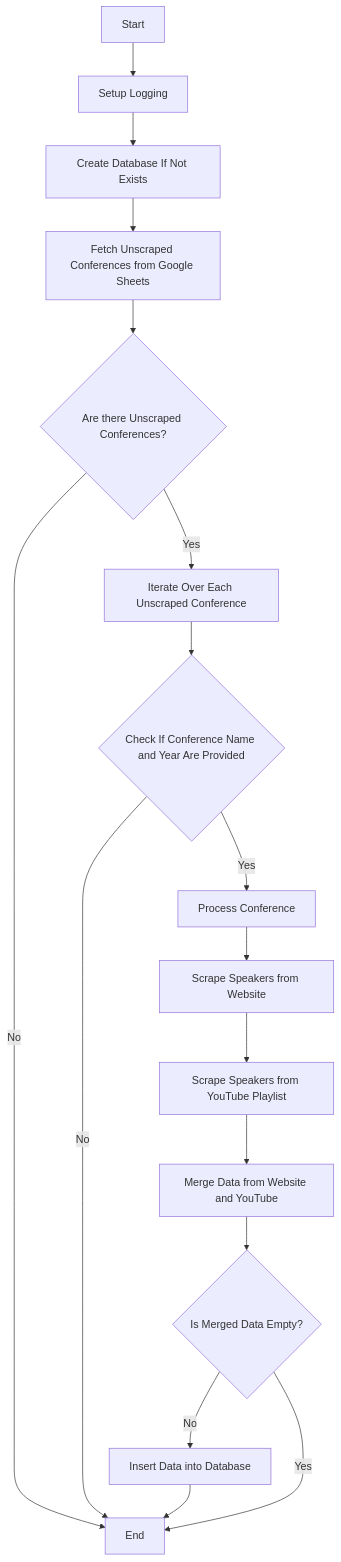
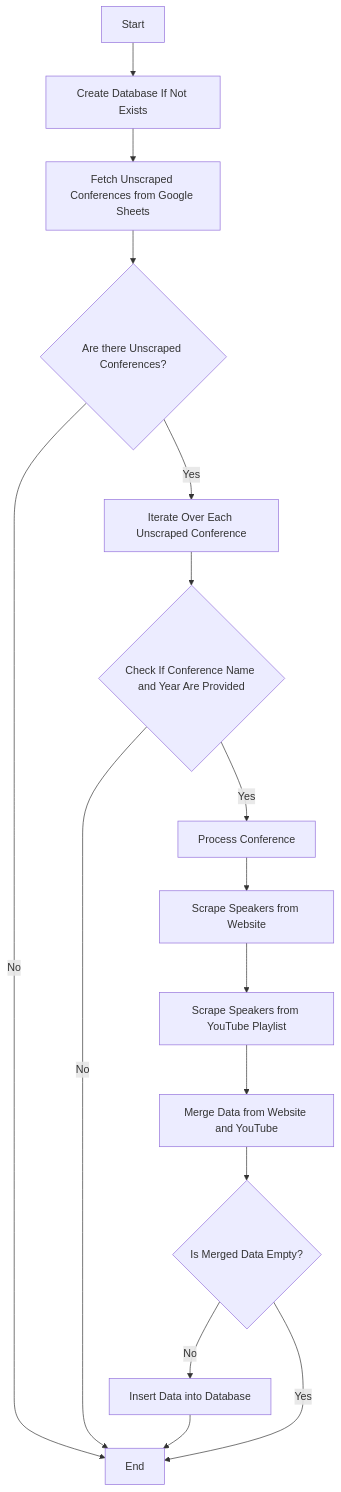
Before and after one commit to SlavkoMuzdeka/Intelligence-Machine: the first of 5 diagrams in README.md, drawn with Mermaid. The commit also changed other lines of this file, not shown here.

````diff
--- a/README.md
+++ b/README.md
@@ -39,26 +39,25 @@
 ```mermaid
 flowchart TD
-    A[Start] --> B[Setup Logging]
-    B --> C[Create Database If Not Exists]
-    C --> D[Fetch Unscraped Conferences from Google Sheets]
+    A[Start] --> B[Create Database If Not Exists]
+    B --> D[Fetch Unscraped Conferences from Google Sheets]
     
     D --> E{Are there Unscraped Conferences?}
     E -- No --> G[End]
     
     E -- Yes --> H[Iterate Over Each Unscraped Conference]
     H --> I{Check If Conference Name and Year Are Provided}
     
     I -- No --> G
     I -- Yes --> K[Process Conference]
     
     K --> L[Scrape Speakers from Website]
     L --> M[Scrape Speakers from YouTube Playlist]
     
     M --> N[Merge Data from Website and YouTube]
     N --> O{Is Merged Data Empty?}
     
     O -- No --> P[Insert Data into Database]
     P --> G
     
     O -- Yes --> G
 ```
````
